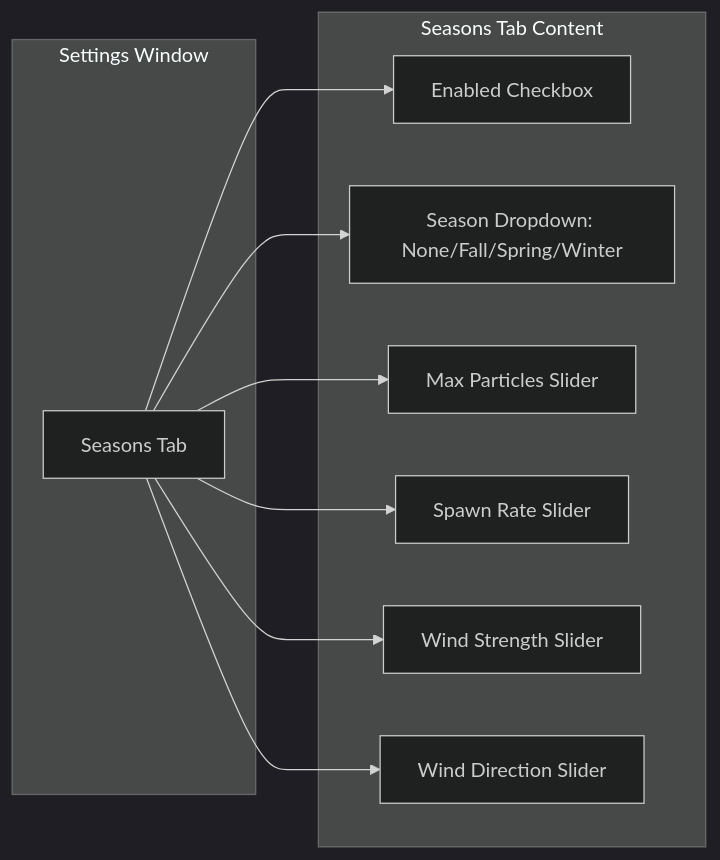
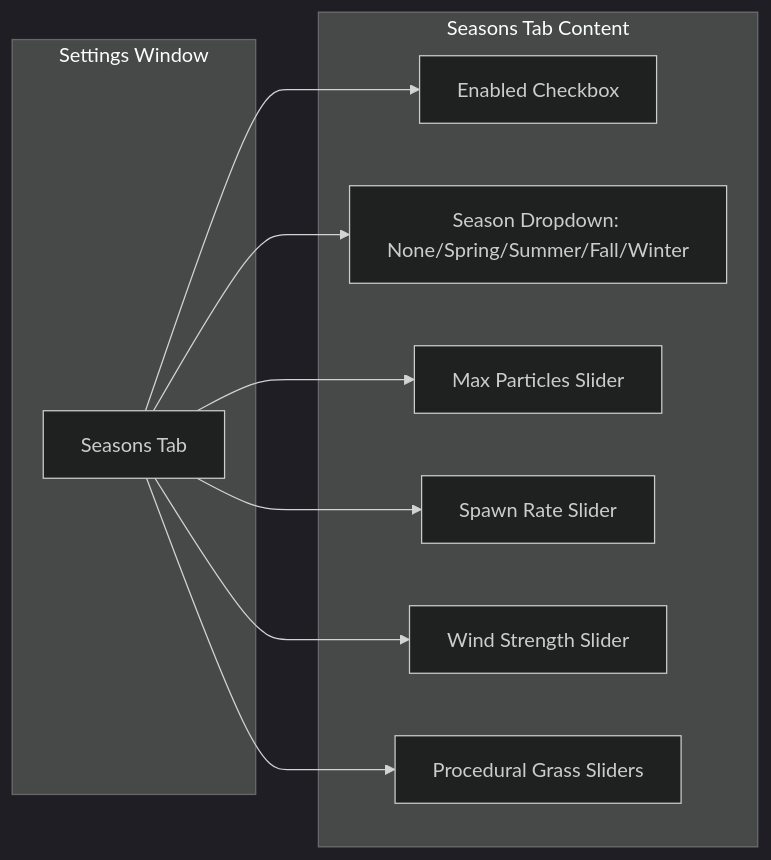
The third of 3 diagrams in system-architecture/weather-season-system.md (vektorprime/rose-offline-client), drawn with Mermaid (dark theme) before and after one commit. The commit also changed other lines of this file and 546 other files, not shown here.

````diff
--- a/system-architecture/weather-season-system.md
+++ b/system-architecture/weather-season-system.md
@@ -331,22 +316,22 @@
 ```mermaid
 flowchart LR
     subgraph Settings Window
         Tab[Seasons Tab]
     end
-    
+
     subgraph Seasons Tab Content
         Enabled[Enabled Checkbox]
-        Season[Season Dropdown: None/Fall/Spring/Winter]
+        Season[Season Dropdown: None/Spring/Summer/Fall/Winter]
         MaxParticles[Max Particles Slider]
         SpawnRate[Spawn Rate Slider]
         WindStrength[Wind Strength Slider]
-        WindDirection[Wind Direction Slider]
+        Grass[Procedural Grass Sliders]
     end
-    
+
     Tab --> Enabled
     Tab --> Season
     Tab --> MaxParticles
     Tab --> SpawnRate
     Tab --> WindStrength
-    Tab --> WindDirection
+    Tab --> Grass
 ```
````
